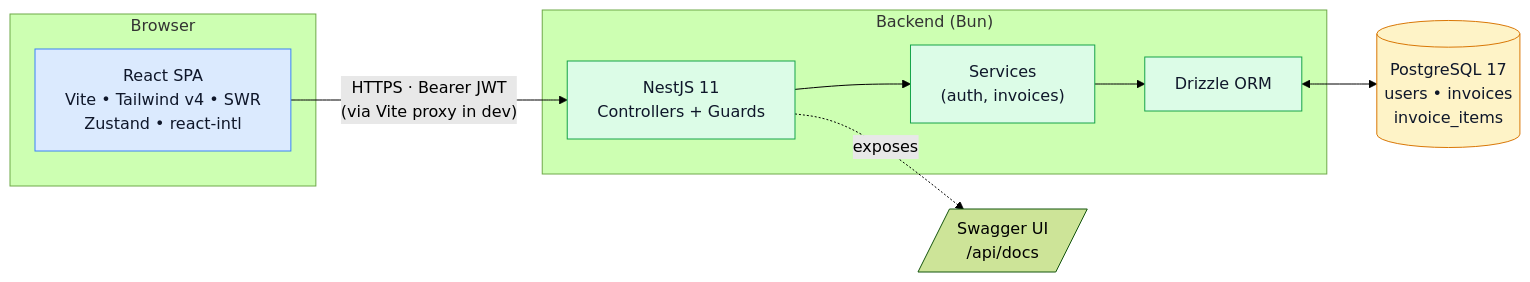
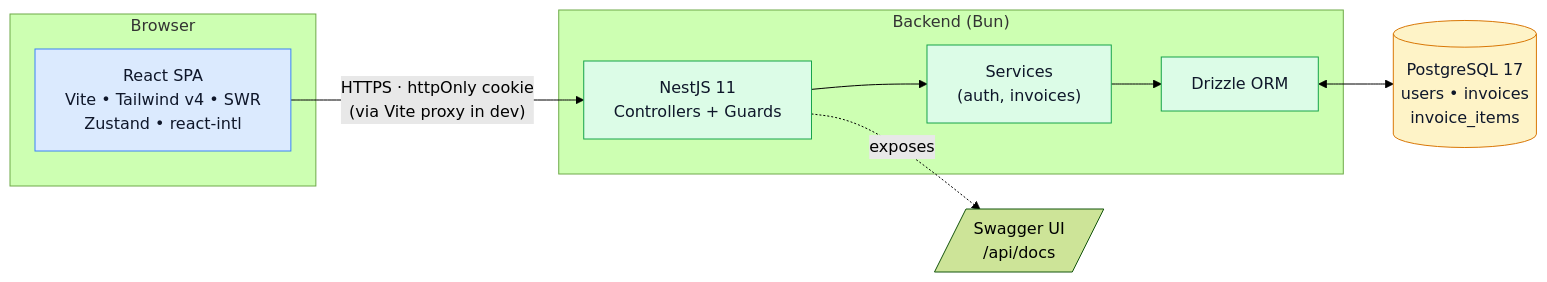
One commit to to-long/101Digital-test-code changed the first of 7 diagrams in README.md. Above: the diagram before and after it, drawn with Mermaid (forest theme). The commit also changed other lines of this file and 11 other files, not shown here.

First line of the commit message:
feat(security): move JWT from localStorage to httpOnly cookie

````diff
--- a/README.md
+++ b/README.md
@@ -91,28 +91,28 @@
 ```mermaid
 flowchart LR
     subgraph Browser
         FE["React SPA<br/>Vite • Tailwind v4 • SWR<br/>Zustand • react-intl"]
     end
 
     subgraph Server["Backend (Bun)"]
         Nest["NestJS 11<br/>Controllers + Guards"]
         Svc["Services<br/>(auth, invoices)"]
         Drz["Drizzle ORM"]
     end
 
     DB[("PostgreSQL 17<br/>users • invoices<br/>invoice_items")]
     Swagger[/"Swagger UI<br/>/api/docs"/]
 
-    FE -->|"HTTPS · Bearer JWT<br/>(via Vite proxy in dev)"| Nest
+    FE -->|"HTTPS · httpOnly cookie<br/>(via Vite proxy in dev)"| Nest
     Nest --> Svc
     Svc --> Drz
     Drz <--> DB
     Nest -.exposes.-> Swagger
 
     classDef fe fill:#dbeafe,stroke:#3b82f6,color:#0f172a;
     classDef be fill:#dcfce7,stroke:#16a34a,color:#0f172a;
     classDef db fill:#fef3c7,stroke:#d97706,color:#0f172a;
     class FE fe;
     class Nest,Svc,Drz be;
     class DB db;
 ```
````
